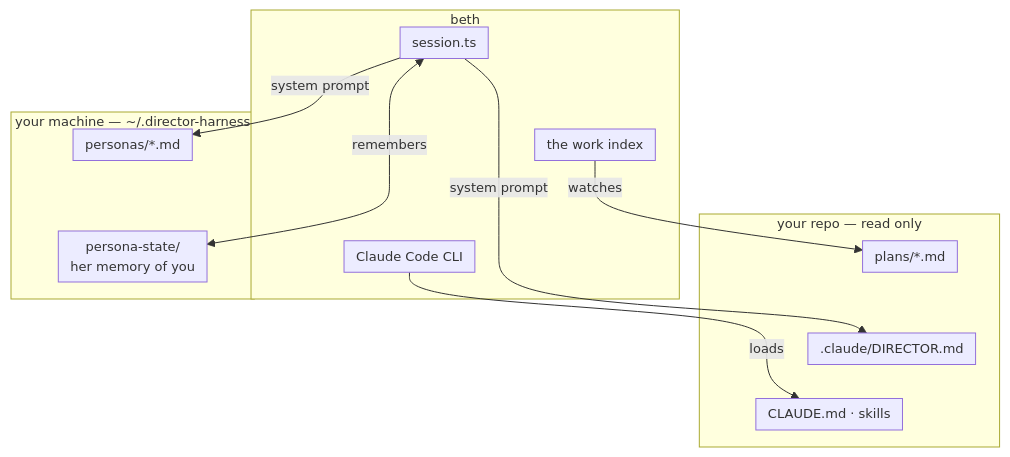
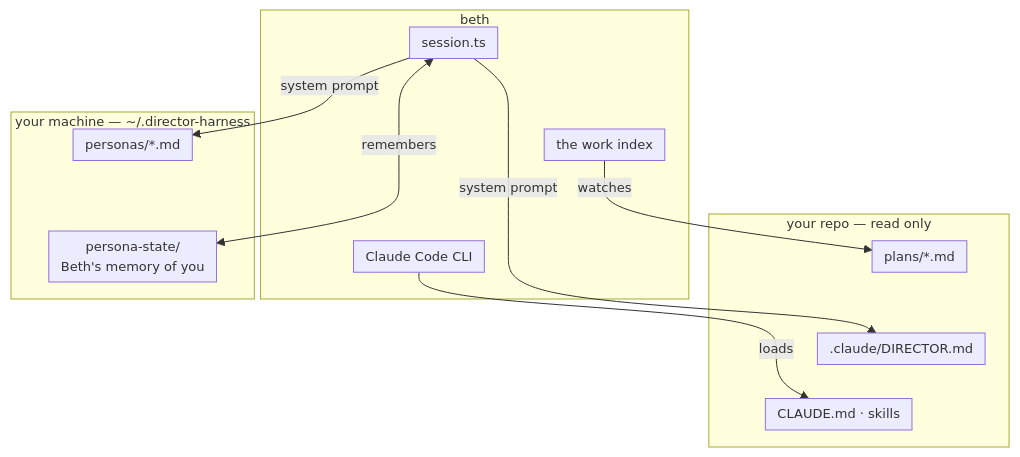
The second of 2 diagrams in README.md (dannybrian/beth), drawn with Mermaid before and after one commit. The commit also changed other lines of this file, not shown here.

First line of the commit message:
Proofread: the find-replace debris, and the last of "her"

````diff
--- a/README.md
+++ b/README.md
@@ -118,29 +115,29 @@
 ```mermaid
 %%{init: {"themeVariables": {"fontSize": "13px"}, "flowchart": {"nodeSpacing": 28, "rankSpacing": 34, "padding": 6}}}%%
 flowchart TB
   subgraph HARNESS["beth"]
     SES2["session.ts"]
     IDX["the work index"]
     CC2["Claude Code CLI"]
     SES2 ~~~ IDX ~~~ CC2
   end
 
   subgraph REPO["your repo — read only"]
     PLANS["plans/*.md"]
     DIR[".claude/DIRECTOR.md"]
     PROJ["CLAUDE.md · skills"]
     PLANS ~~~ DIR ~~~ PROJ
   end
 
   subgraph HOME["your machine — ~/.director-harness"]
     PERS["personas/*.md"]
-    MEM["persona-state/<br/>her memory of you"]
+    MEM["persona-state/<br/>Beth's memory of you"]
     PERS ~~~ MEM
   end
 
   IDX -->|"watches"| PLANS
   SES2 -->|"system prompt"| DIR
   SES2 -->|"system prompt"| PERS
   SES2 <-->|"remembers"| MEM
   CC2 -->|"loads"| PROJ
 ```
````
